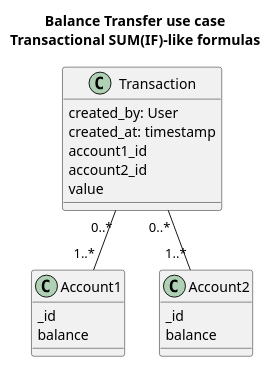
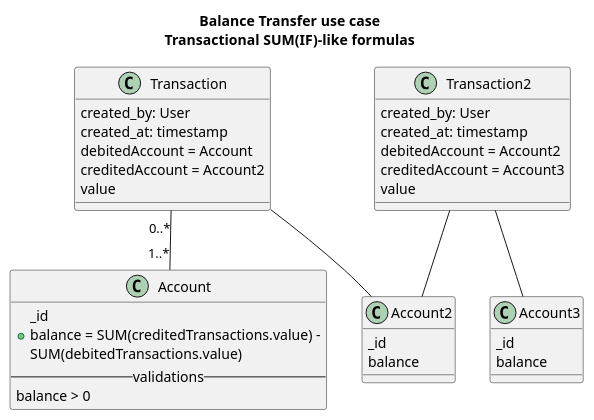
One commit to formuladb/poc1 changed the diagram in docs/formulas_money_transfer.puml. Above: the diagram before and after it, drawn with PlantUML. The commit also changed 18 other files, not shown here.

```diff
--- a/docs/formulas_money_transfer.puml
+++ b/docs/formulas_money_transfer.puml
@@ -1,25 +1,42 @@
 @startuml FormulasMoneyTransfer
 
 title Balance Transfer use case\n\
 Transactional SUM(IF)-like formulas
 
-class Account1 {
+class Account {
+    _id
+    + balance = SUM(creditedTransactions.value) -
+      SUM(debitedTransactions.value)
+    --validations--
+    balance > 0
+}
+class Account2 {
     _id
     balance
 }
-class Account2 {
+class Account3 {
     _id
     balance
 }
 
 class Transaction {
   created_by: User
   created_at: timestamp
-  account1_id
-  account2_id
+  debitedAccount = Account
+  creditedAccount = Account2
   value
 }
-Transaction "0..*" -- "1..*" Account1
-Transaction "0..*" -- "1..*" Account2
+Transaction "0..*" -- "1..*" Account
+Transaction -- Account2
+
+class Transaction2 {
+  created_by: User
+  created_at: timestamp
+  debitedAccount = Account2
+  creditedAccount = Account3
+  value
+}
+Transaction2 -- Account2
+Transaction2 -- Account3
 
 @enduml
```
